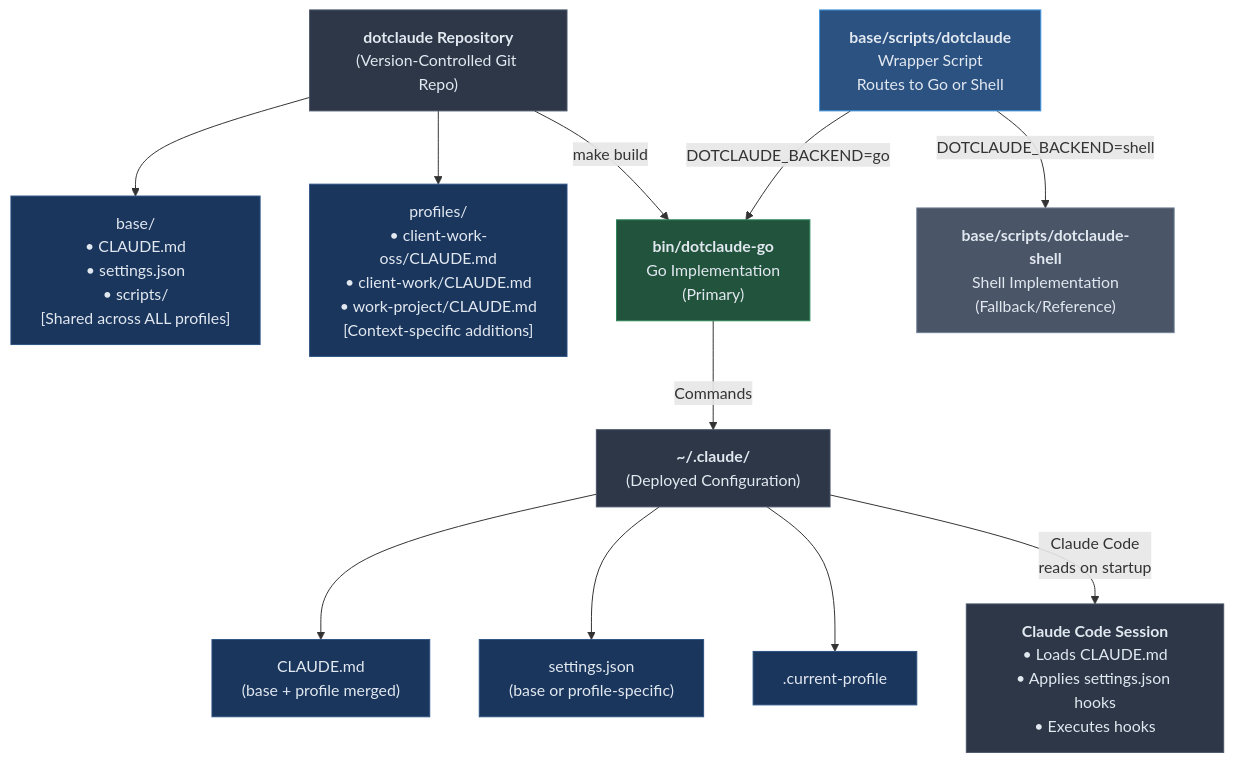
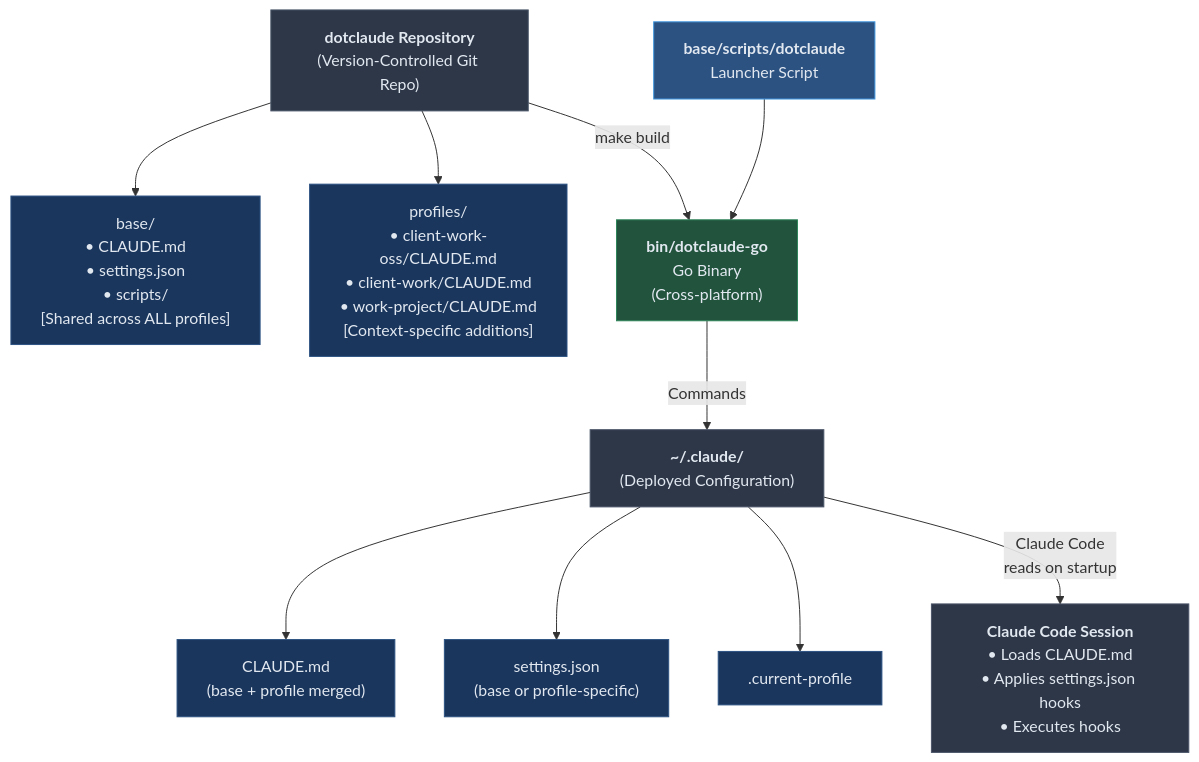
Before and after one commit to blackwell-systems/dotclaude: the first of 5 diagrams in docs/ARCHITECTURE.md, drawn with Mermaid. The commit also changed other lines of this file and 11 other files, not shown here.

````diff
--- a/docs/ARCHITECTURE.md
+++ b/docs/ARCHITECTURE.md
@@ -9,40 +9,37 @@
 ```mermaid
 flowchart TB
     repo["<b>dotclaude Repository</b><br/>(Version-Controlled Git Repo)"]
     base["base/<br/>• CLAUDE.md<br/>• settings.json<br/>• scripts/<br/>[Shared across ALL profiles]"]
     profiles["profiles/<br/>• client-work-oss/CLAUDE.md<br/>• client-work/CLAUDE.md<br/>• work-project/CLAUDE.md<br/>[Context-specific additions]"]
 
-    wrapper["<b>base/scripts/dotclaude</b><br/>Wrapper Script<br/>Routes to Go or Shell"]
-    go_binary["<b>bin/dotclaude-go</b><br/>Go Implementation<br/>(Primary)"]
-    shell["<b>base/scripts/dotclaude-shell</b><br/>Shell Implementation<br/>(Fallback/Reference)"]
+    wrapper["<b>base/scripts/dotclaude</b><br/>Launcher Script"]
+    go_binary["<b>bin/dotclaude-go</b><br/>Go Binary<br/>(Cross-platform)"]
 
     claude_dir["<b>~/.claude/</b><br/>(Deployed Configuration)"]
     merged_claude["CLAUDE.md<br/>(base + profile merged)"]
     deployed_settings["settings.json<br/>(base or profile-specific)"]
     current_profile[".current-profile"]
 
     session["<b>Claude Code Session</b><br/>• Loads CLAUDE.md<br/>• Applies settings.json hooks<br/>• Executes hooks"]
 
     repo --> base
     repo --> profiles
     repo -->|"make build"| go_binary
-    wrapper -->|"DOTCLAUDE_BACKEND=go"| go_binary
-    wrapper -->|"DOTCLAUDE_BACKEND=shell"| shell
+    wrapper --> go_binary
     go_binary -->|"Commands"| claude_dir
     claude_dir --> merged_claude
     claude_dir --> deployed_settings
     claude_dir --> current_profile
     claude_dir -->|"Claude Code<br/>reads on startup"| session
 
     style repo fill:#2d3748,stroke:#4a5568,color:#e2e8f0
     style base fill:#1a365d,stroke:#2c5282,color:#e2e8f0
     style profiles fill:#1a365d,stroke:#2c5282,color:#e2e8f0
     style wrapper fill:#2c5282,stroke:#4299e1,color:#e2e8f0
     style go_binary fill:#22543d,stroke:#2f855a,color:#e2e8f0
-    style shell fill:#4a5568,stroke:#718096,color:#e2e8f0
     style claude_dir fill:#2d3748,stroke:#4a5568,color:#e2e8f0
     style merged_claude fill:#1a365d,stroke:#2c5282,color:#e2e8f0
     style deployed_settings fill:#1a365d,stroke:#2c5282,color:#e2e8f0
     style current_profile fill:#1a365d,stroke:#2c5282,color:#e2e8f0
     style session fill:#2d3748,stroke:#4a5568,color:#e2e8f0
 ```
````
